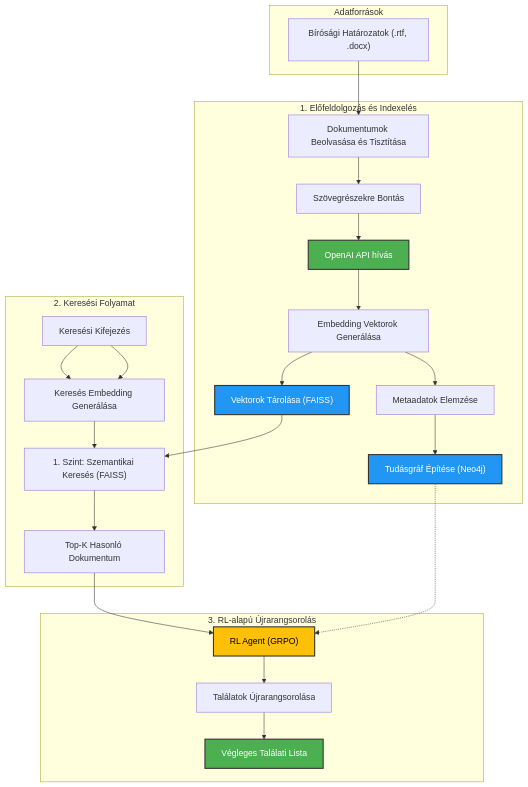
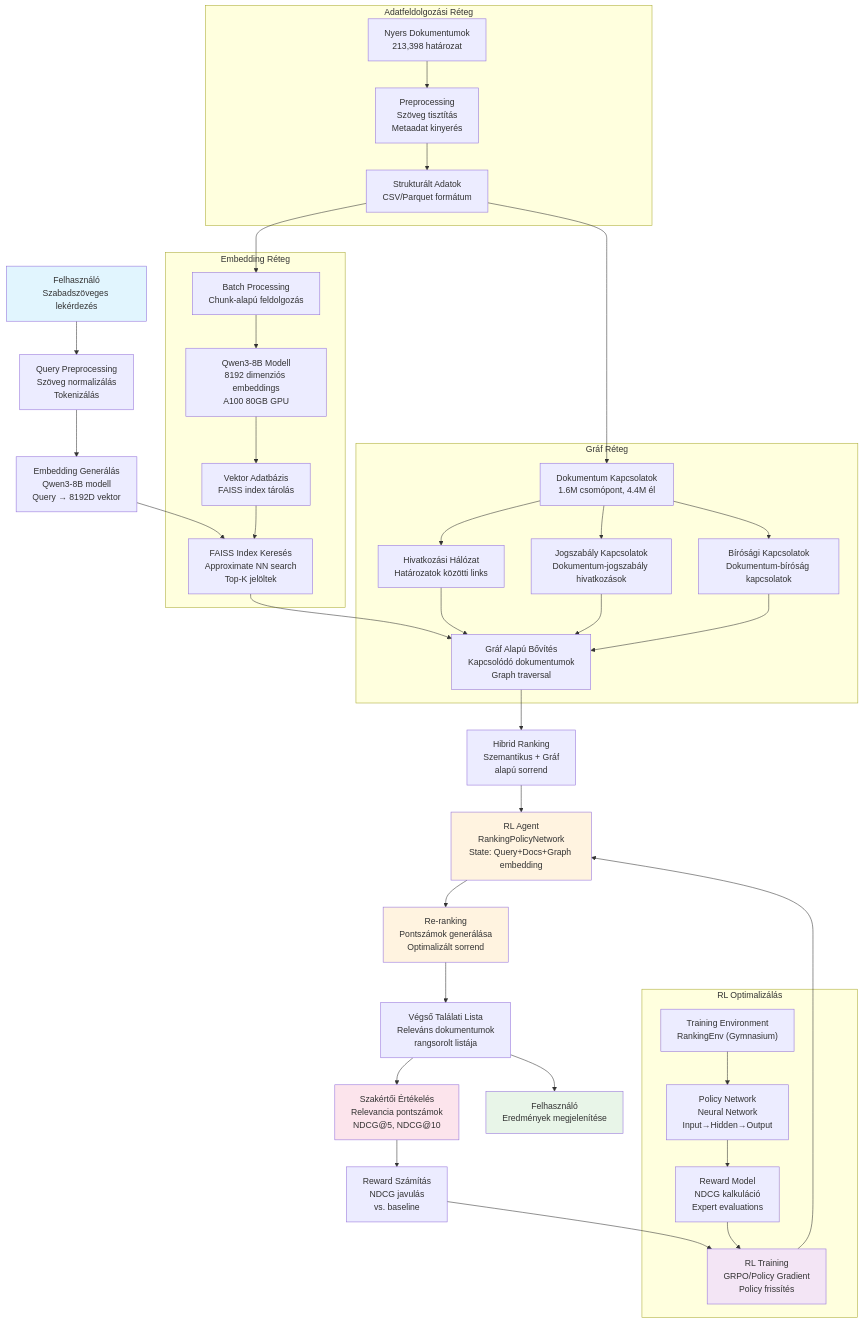
One commit to ZeleMate/Szakdolgozat changed the diagram in README.md. Above: the diagram before and after it, drawn with Mermaid. The commit also changed other lines of this file and 5 other files, not shown here.

````diff
--- a/README.md
+++ b/README.md
@@ -13,38 +15,71 @@
 ```mermaid
 graph TD
-    subgraph "Adatforrások"
-        A["Bírósági Határozatok (.rtf, .docx)"]
-    end
-
-    subgraph "1. Előfeldolgozás és Indexelés"
-        B["Dokumentumok Beolvasása és Tisztítása"] --> C["Szövegrészekre Bontás"]
-        C --> D["OpenAI API hívás"]
-        D --> E["Embedding Vektorok Generálása"]
-        E --> F["Vektorok Tárolása (FAISS)"]
-        E --> G["Metaadatok Elemzése"]
-        G --> H["Tudásgráf Építése (Neo4j)"]
-    end
-
-    subgraph "2. Keresési Folyamat"
-        I["Keresési Kifejezés"] --> J["Keresés Embedding Generálása"]
-        J --> K["1. Szint: Szemantikai Keresés (FAISS)"]
-        K --> L["Top-K Hasonló Dokumentum"]
+    A["Felhasználó<br/>Szabadszöveges lekérdezés"] --> B["Query Preprocessing<br/>Szöveg normalizálás<br/>Tokenizálás"]
+    
+    B --> C["Embedding Generálás<br/>Qwen3-8B modell<br/>Query → 8192D vektor"]
+    
+    C --> D["FAISS Index Keresés<br/>Approximate NN search<br/>Top-K jelöltek"]
+    
+    D --> D1["Gráf Alapú Bővítés<br/>Kapcsolódó dokumentumok<br/>Graph traversal"]
+    
+    D1 --> E["Hibrid Ranking<br/>Szemantikus + Gráf<br/>alapú sorrend"]
+    
+    E --> F["RL Agent<br/>RankingPolicyNetwork<br/>State: Query+Docs+Graph embedding"]
+    
+    F --> G["Re-ranking<br/>Pontszámok generálása<br/>Optimalizált sorrend"]
+    
+    G --> H["Végső Találati Lista<br/>Releváns dokumentumok<br/>rangsorolt listája"]
+    
+    H --> I["Felhasználó<br/>Eredmények megjelenítése"]
+    
+    H --> J["Szakértői Értékelés<br/>Relevancia pontszámok<br/>NDCG@5, NDCG@10"]
+    
+    J --> K["Reward Számítás<br/>NDCG javulás<br/>vs. baseline"]
+    
+    K --> L["RL Training<br/>GRPO/Policy Gradient<br/>Policy frissítés"]
+    
+    L --> F
+    
+    subgraph "Adatfeldolgozási Réteg"
+        M["Nyers Dokumentumok<br/>213,398 határozat"]
+        N["Preprocessing<br/>Szöveg tisztítás<br/>Metaadat kinyerés"]
+        O["Strukturált Adatok<br/>CSV/Parquet formátum"]
+        M --> N --> O
     end
     
-    subgraph "3. RL-alapú Újrarangsorolás"
-        L --> M["RL Agent (GRPO)"]
-        M --> N["Találatok Újrarangsorolása"]
-        N --> O["Végleges Találati Lista"]
+    subgraph "Embedding Réteg"
+        P["Batch Processing<br/>Chunk-alapú feldolgozás"]
+        Q["Qwen3-8B Modell<br/>8192 dimenziós embeddings<br/>A100 80GB GPU"]
+        R["Vektor Adatbázis<br/>FAISS index tárolás"]
+        O --> P --> Q --> R
+        R --> D
     end
-
-    A --> B
-    F --> K
-    H -.-> M
-    I --> J
-
-style D fill:#4CAF50,stroke:#333,stroke-width:2px,color:#fff
-style H fill:#2196F3,stroke:#333,stroke-width:2px,color:#fff
-style F fill:#2196F3,stroke:#333,stroke-width:2px,color:#fff
-style M fill:#FFC107,stroke:#333,stroke-width:2px,color:#000
-style O fill:#4CAF50,stroke:#333,stroke-width:2px,color:#fff
+    
+    subgraph "Gráf Réteg"
+        V["Dokumentum Kapcsolatok<br/>1.6M csomópont, 4.4M él"]
+        W["Hivatkozási Hálózat<br/>Határozatok közötti links"]
+        X["Jogszabály Kapcsolatok<br/>Dokumentum-jogszabály hivatkozások"]
+        Y["Bírósági Kapcsolatok<br/>Dokumentum-bíróság kapcsolatok"]
+        O --> V
+        V --> W
+        V --> X
+        V --> Y
+        W --> D1
+        X --> D1
+        Y --> D1
+    end
+    
+    subgraph "RL Optimalizálás"
+        S["Training Environment<br/>RankingEnv (Gymnasium)"]
+        T["Policy Network<br/>Neural Network<br/>Input→Hidden→Output"]
+        U["Reward Model<br/>NDCG kalkuláció<br/>Expert evaluations"]
+        S --> T --> U --> L
+    end
+    
+    style A fill:#e1f5fe
+    style I fill:#e8f5e8
+    style F fill:#fff3e0
+    style G fill:#fff3e0
+    style J fill:#fce4ec
+    style L fill:#f3e5f5
 ```
````
